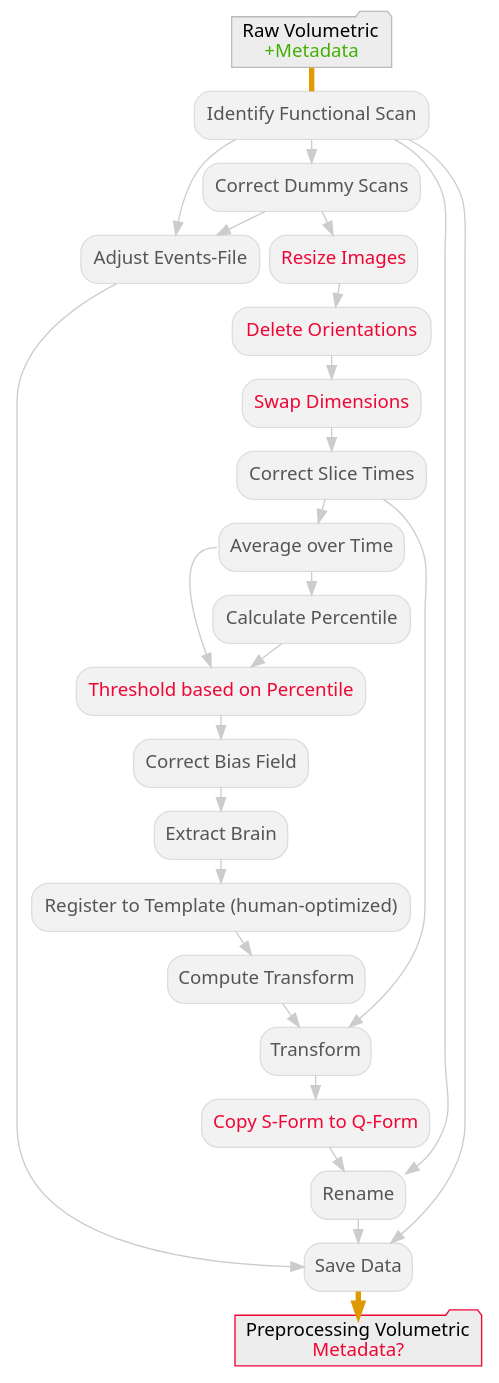
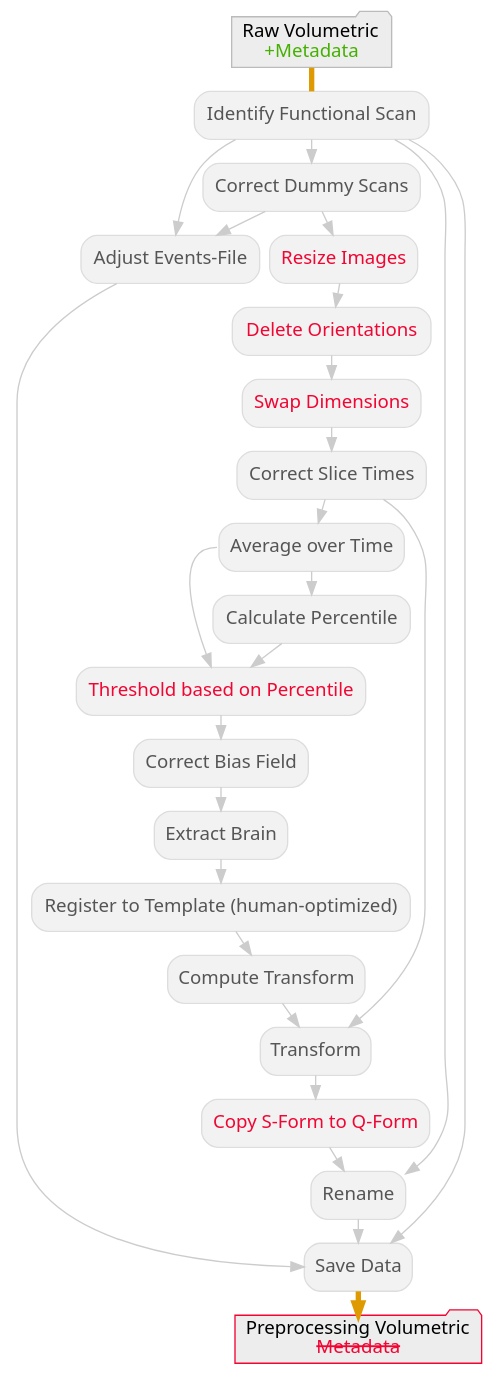
One commit to Jimmy2027/mlebe_RepSep changed the diagram in data/legacy.dot. Above: the diagram before and after it, drawn with Graphviz. The commit also changed 1 other file, not shown here.

Commit message:
Updated graph style

```diff
--- a/data/legacy.dot
+++ b/data/legacy.dot
@@ -1,57 +1,57 @@
 digraph legacy_work{
   graph [pad="0.07", nodesep="0.1", ranksep="0.25"];
   node [fontname = "sans", style="filled,rounded", shape="box"];
   edge [fontname = "sans", color=gray80];
   legacy_work_get_f_scan[label="Identify Functional Scan", color="#DDDDDD", fillcolor=grey95, fontcolor="#555555"];
   legacy_work_dummy_scans[label="Correct Dummy Scans", color="#DDDDDD", fillcolor=grey95, fontcolor="#555555"];
   legacy_work_f_resize[label="Resize Images", color="#DDDDDD", fillcolor=grey95, fontcolor="#F00533"];
   legacy_work_f_deleteorient[label="Delete Orientations", color="#DDDDDD", fillcolor=grey95, fontcolor="#F00533"];
   legacy_work_f_swapdim[label="Swap Dimensions", color="#DDDDDD", fillcolor=grey95, fontcolor="#F00533"];
   legacy_work_slicetimer[label="Correct Slice Times", color="#DDDDDD", fillcolor=grey95, fontcolor="#555555"];
   legacy_work_temporal_mean[label="Average over Time", color="#DDDDDD", fillcolor=grey95, fontcolor="#555555"];
   legacy_work_f_percentile[label="Calculate Percentile", color="#DDDDDD", fillcolor=grey95, fontcolor="#555555"];
   legacy_work_f_threshold[label="Threshold based on Percentile", color="#DDDDDD", fillcolor=grey95, fontcolor="#F00533"];
   legacy_work_f_fast[label="Correct Bias Field", color="#DDDDDD", fillcolor=grey95, fontcolor="#555555"];
   legacy_work_f_BET[label="Extract Brain", color="#DDDDDD", fillcolor=grey95, fontcolor="#555555"];
   legacy_work_ants_introduction[label="Register to Template (human-optimized)", color="#DDDDDD", fillcolor=grey95, fontcolor="#555555"];
   legacy_work_warp_merge[label="Compute Transform", color="#DDDDDD", fillcolor=grey95, fontcolor="#555555"];
   legacy_work_f_warp[label="Transform", color="#DDDDDD", fillcolor=grey95, fontcolor="#555555"];
   legacy_work_f_copysform2qform[label="Copy S-Form to Q-Form", color="#DDDDDD", fillcolor=grey95, fontcolor="#F00533"];
   legacy_work_f_rename[label="Rename", color="#DDDDDD", fillcolor=grey95, fontcolor="#555555"];
   legacy_work_events_file[label="Adjust Events-File", color="#DDDDDD", fillcolor=grey95, fontcolor="#555555"];
   legacy_work_datasink[label="Save Data", color="#DDDDDD", fillcolor=grey95, fontcolor="#555555"];
   d[
       label=<Raw Volumetric<BR/><FONT COLOR="#45B000">+Metadata</FONT>>,
       shape=folder, color="#BBBBBB", fillcolor=grey93,
       ];
   e[
-      label=<Preprocessing Volumetric<BR/><FONT COLOR="#F00533">Metadata?</FONT>>,
+      label=<Preprocessing Volumetric<BR/><FONT COLOR="#F00533"><s>Metadata</s></FONT>>,
       shape=folder, color="#F00533", fillcolor=grey93,
       ];
   d -> legacy_work_get_f_scan [arrowhead=none, arrowsize=0.9, penwidth=4, color="#DE9A00"];
   legacy_work_get_f_scan -> legacy_work_dummy_scans;
   legacy_work_get_f_scan -> legacy_work_f_rename;
   legacy_work_get_f_scan -> legacy_work_datasink;
   legacy_work_get_f_scan -> legacy_work_events_file [style="invis"];
   legacy_work_get_f_scan -> legacy_work_events_file;
   legacy_work_dummy_scans -> legacy_work_events_file;
   legacy_work_dummy_scans -> legacy_work_f_resize;
   legacy_work_f_resize -> legacy_work_f_deleteorient;
   legacy_work_f_deleteorient -> legacy_work_f_swapdim;
   legacy_work_f_swapdim -> legacy_work_slicetimer;
   legacy_work_slicetimer -> legacy_work_temporal_mean;
   legacy_work_slicetimer -> legacy_work_f_warp;
   legacy_work_temporal_mean -> legacy_work_f_percentile;
   legacy_work_temporal_mean:w -> legacy_work_f_threshold;
   legacy_work_f_percentile -> legacy_work_f_threshold;
   legacy_work_f_threshold -> legacy_work_f_fast;
   legacy_work_f_fast -> legacy_work_f_BET;
   legacy_work_f_BET -> legacy_work_ants_introduction;
   legacy_work_ants_introduction -> legacy_work_warp_merge;
   legacy_work_warp_merge -> legacy_work_f_warp;
   legacy_work_f_warp -> legacy_work_f_copysform2qform;
   legacy_work_f_copysform2qform -> legacy_work_f_rename;
   legacy_work_f_rename -> legacy_work_datasink;
   legacy_work_events_file -> legacy_work_datasink;
   legacy_work_datasink -> e [arrowsize=0.9, penwidth=4, color="#DE9A00"];
 }
```
